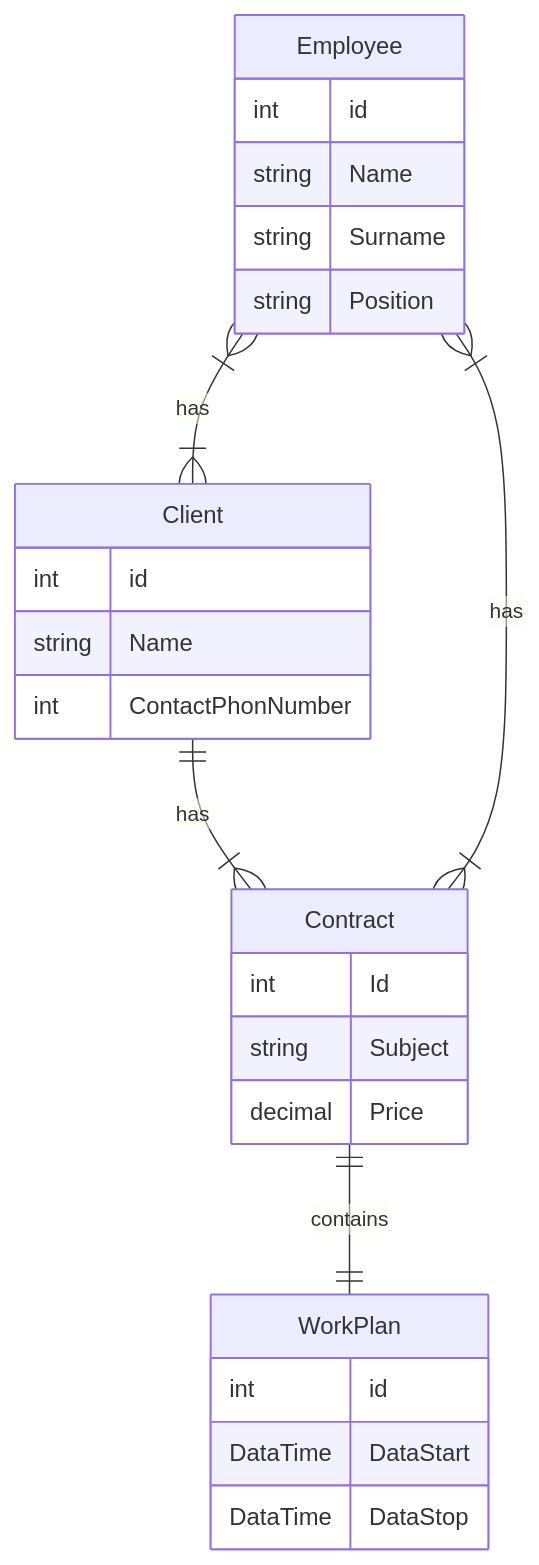
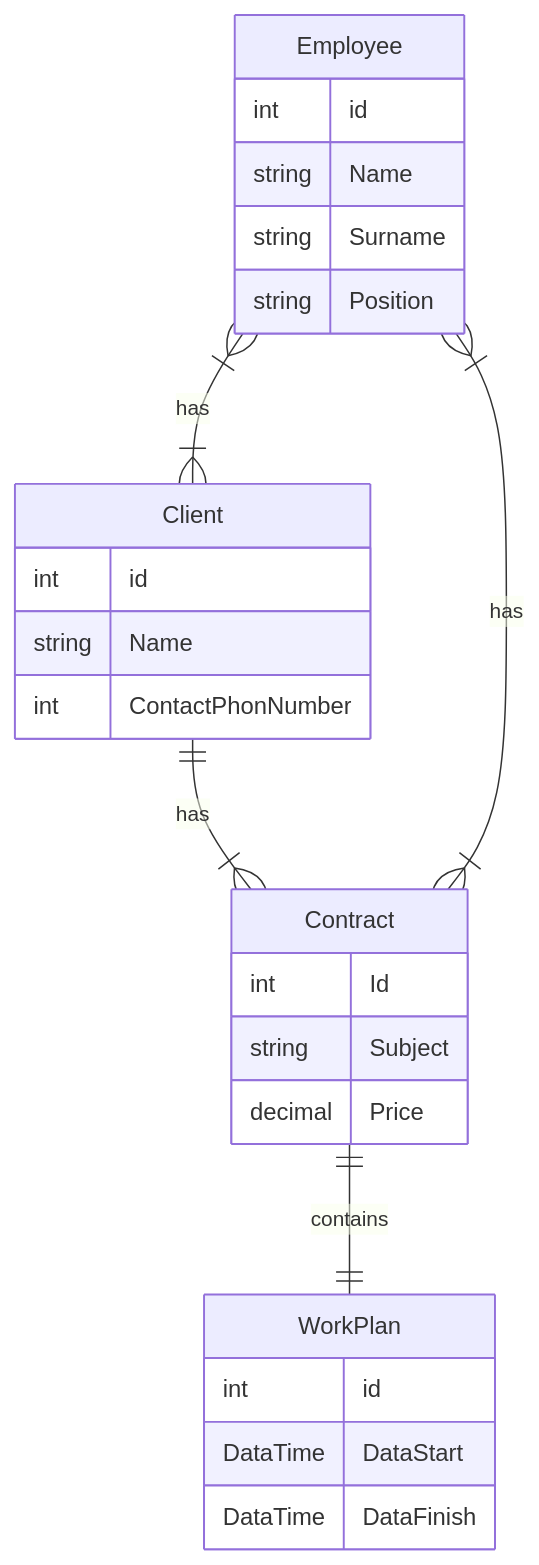
Before and after one commit to KondratenkoDV/CRM: the diagram in README.md, drawn with Mermaid.

````diff
--- a/README.md
+++ b/README.md
@@ -1,31 +1,31 @@
 ```mermaid
 erDiagram
   Employee }|--|{ Client : has
   Client ||--|{ Contract : has
   Employee }|--|{ Contract : has
   Contract ||--|| WorkPlan : contains
   Employee{
       int id
       string Name
       string Surname
       string Position
   }
 
   Client{
       int id
       string Name
       int ContactPhonNumber
   }
 
   Contract{
       int Id
       string Subject
       decimal Price
   }
 
   WorkPlan{
       int id
       DataTime DataStart
-      DataTime DataStop
+      DataTime DataFinish
   }
   ```
````
